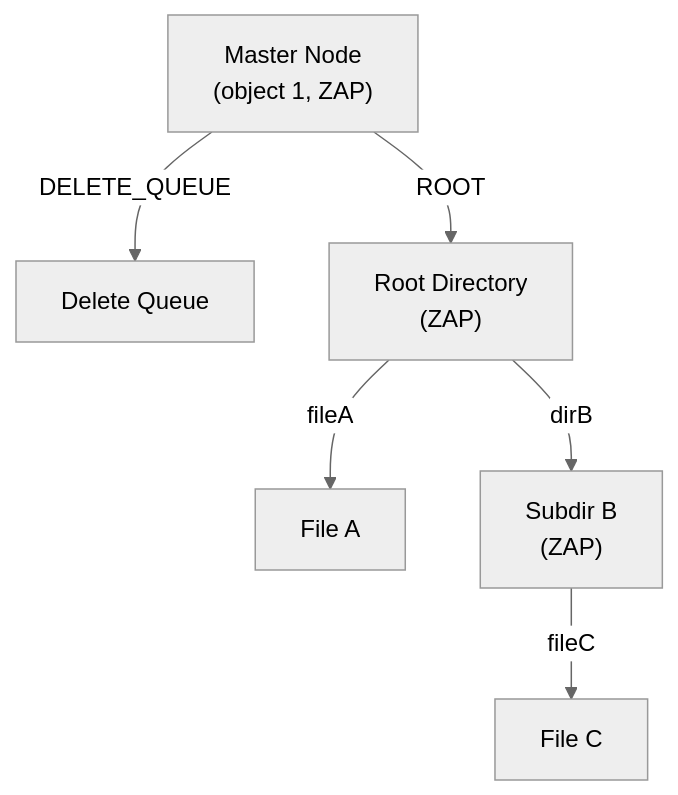
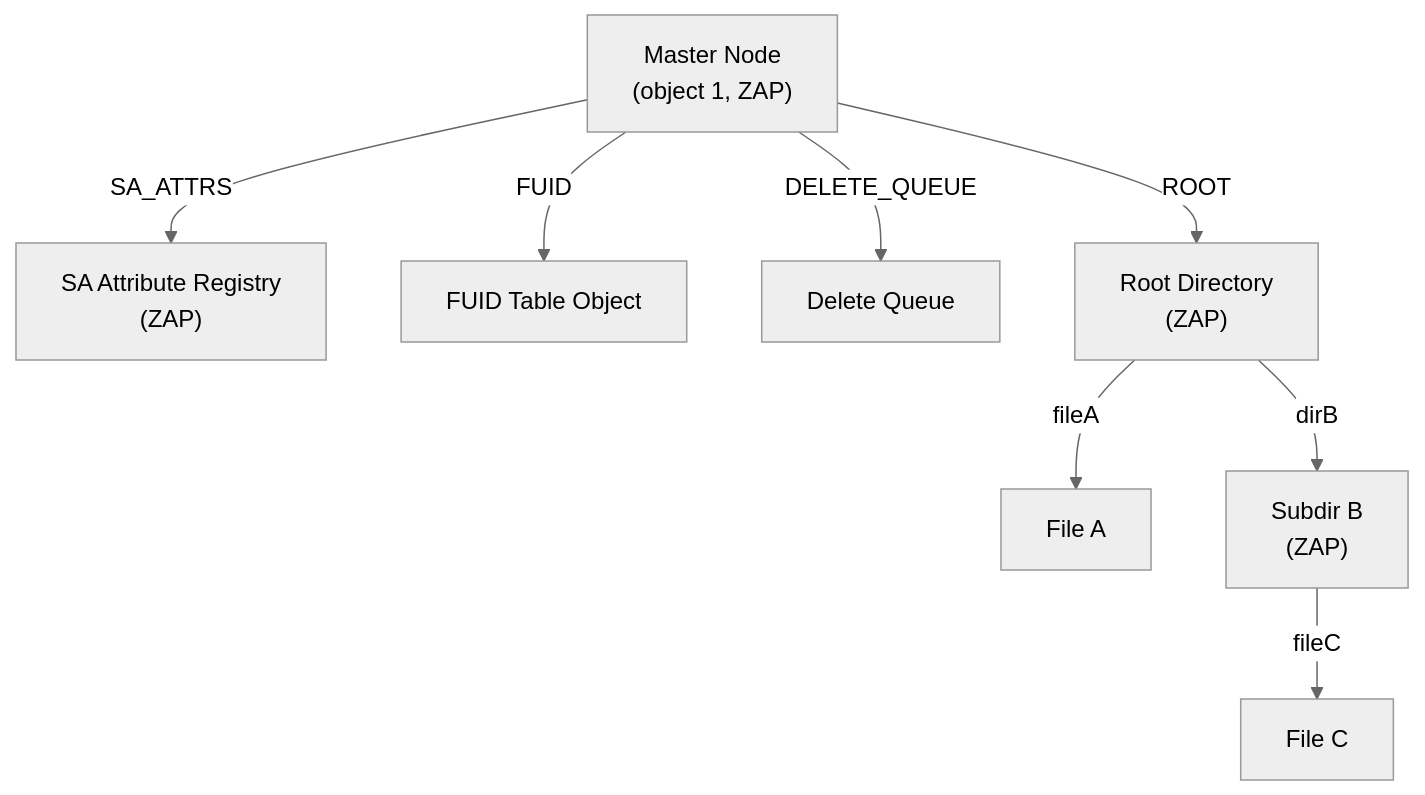
The diagram in docs/06-zpl.md (mminkus/zfs-ondiskformat), drawn with Mermaid (neutral theme) before and after one commit. The commit also changed other lines of this file, not shown here.

````diff
--- a/docs/06-zpl.md
+++ b/docs/06-zpl.md
@@ -19,15 +39,19 @@
 ```mermaid
 graph TD
     MN["Master Node<br/>(object 1, ZAP)"]
+    SA["SA Attribute Registry<br/>(ZAP)"]
+    FUID["FUID Table Object"]
     DQ["Delete Queue"]
     ROOT["Root Directory<br/>(ZAP)"]
     F1["File A"]
     D1["Subdir B<br/>(ZAP)"]
     F2["File C"]
 
+    MN -->|SA_ATTRS| SA
+    MN -->|FUID| FUID
     MN -->|DELETE_QUEUE| DQ
     MN -->|ROOT| ROOT
     ROOT -->|"fileA"| F1
     ROOT -->|"dirB"| D1
     D1 -->|"fileC"| F2
 ```
````
